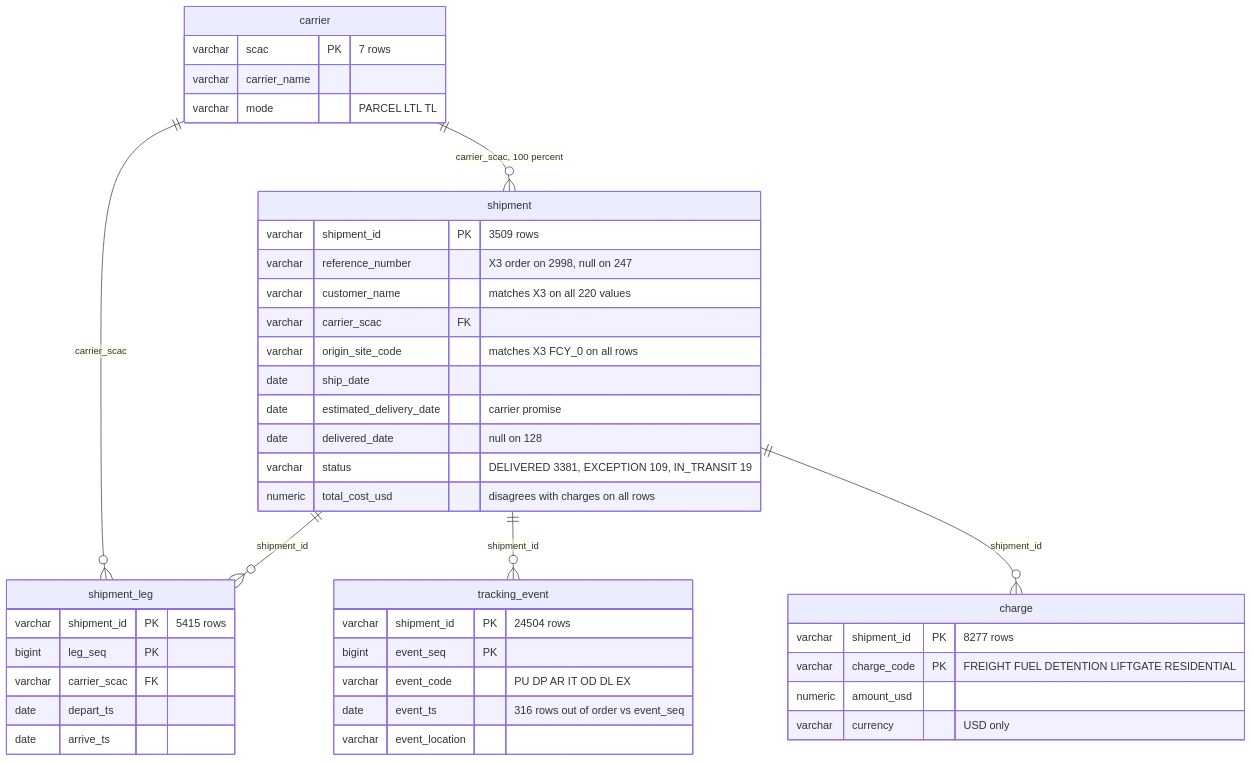
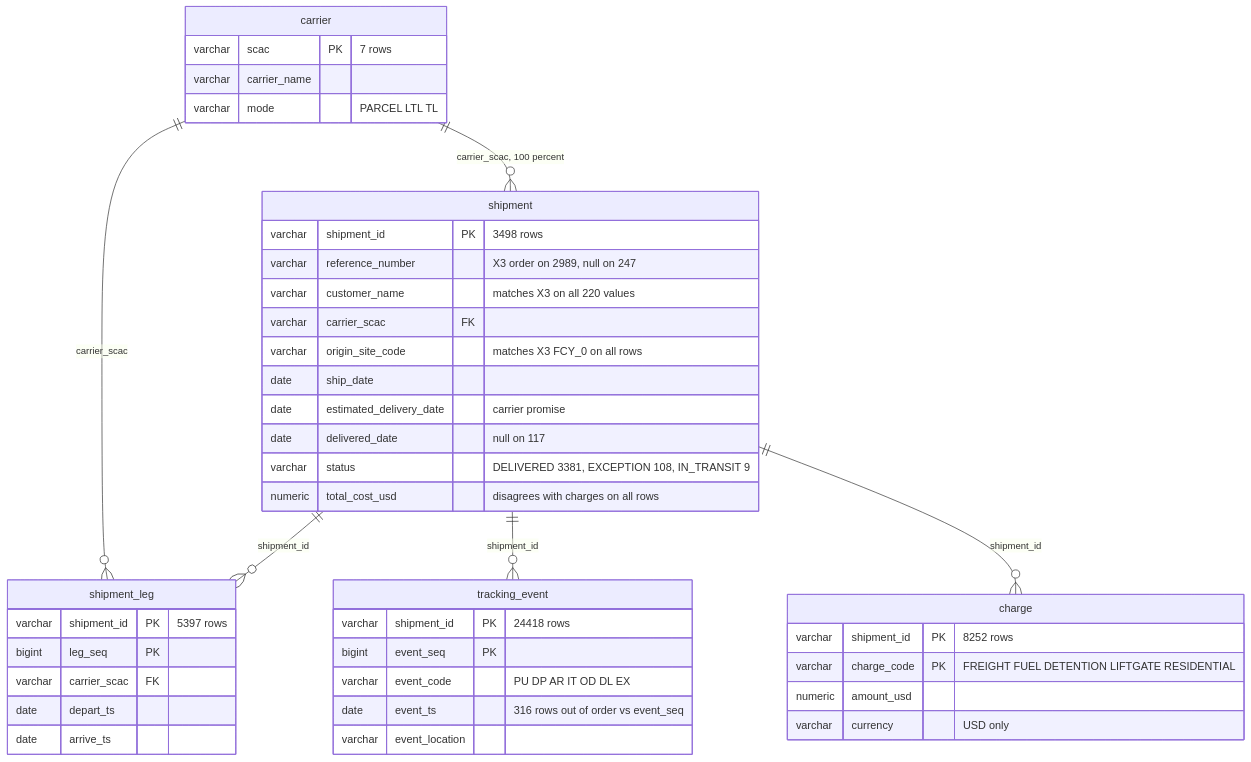
The fifth of 14 diagrams in docs/data_model.md (patrickmhaney/bgr_control_tower), drawn with Mermaid before and after one commit. The commit also changed other lines of this file and 34 other files, not shown here.

````diff
--- a/docs/data_model.md
+++ b/docs/data_model.md
@@ -547,46 +547,46 @@
 ```mermaid
 erDiagram
     carrier ||--o{ shipment : "carrier_scac, 100 percent"
     carrier ||--o{ shipment_leg : "carrier_scac"
     shipment ||--o{ shipment_leg : "shipment_id"
     shipment ||--o{ tracking_event : "shipment_id"
     shipment ||--o{ charge : "shipment_id"
 
     shipment {
-        varchar shipment_id PK "3509 rows"
-        varchar reference_number "X3 order on 2998, null on 247"
+        varchar shipment_id PK "3498 rows"
+        varchar reference_number "X3 order on 2989, null on 247"
         varchar customer_name "matches X3 on all 220 values"
         varchar carrier_scac FK
         varchar origin_site_code "matches X3 FCY_0 on all rows"
         date ship_date
         date estimated_delivery_date "carrier promise"
-        date delivered_date "null on 128"
-        varchar status "DELIVERED 3381, EXCEPTION 109, IN_TRANSIT 19"
+        date delivered_date "null on 117"
+        varchar status "DELIVERED 3381, EXCEPTION 108, IN_TRANSIT 9"
         numeric total_cost_usd "disagrees with charges on all rows"
     }
     tracking_event {
-        varchar shipment_id PK "24504 rows"
+        varchar shipment_id PK "24418 rows"
         bigint event_seq PK
         varchar event_code "PU DP AR IT OD DL EX"
         date event_ts "316 rows out of order vs event_seq"
         varchar event_location
     }
     charge {
-        varchar shipment_id PK "8277 rows"
+        varchar shipment_id PK "8252 rows"
         varchar charge_code PK "FREIGHT FUEL DETENTION LIFTGATE RESIDENTIAL"
         numeric amount_usd
         varchar currency "USD only"
     }
     shipment_leg {
-        varchar shipment_id PK "5415 rows"
+        varchar shipment_id PK "5397 rows"
         bigint leg_seq PK
         varchar carrier_scac FK
         date depart_ts
         date arrive_ts
     }
     carrier {
         varchar scac PK "7 rows"
         varchar carrier_name
         varchar mode "PARCEL LTL TL"
     }
 ```
````
